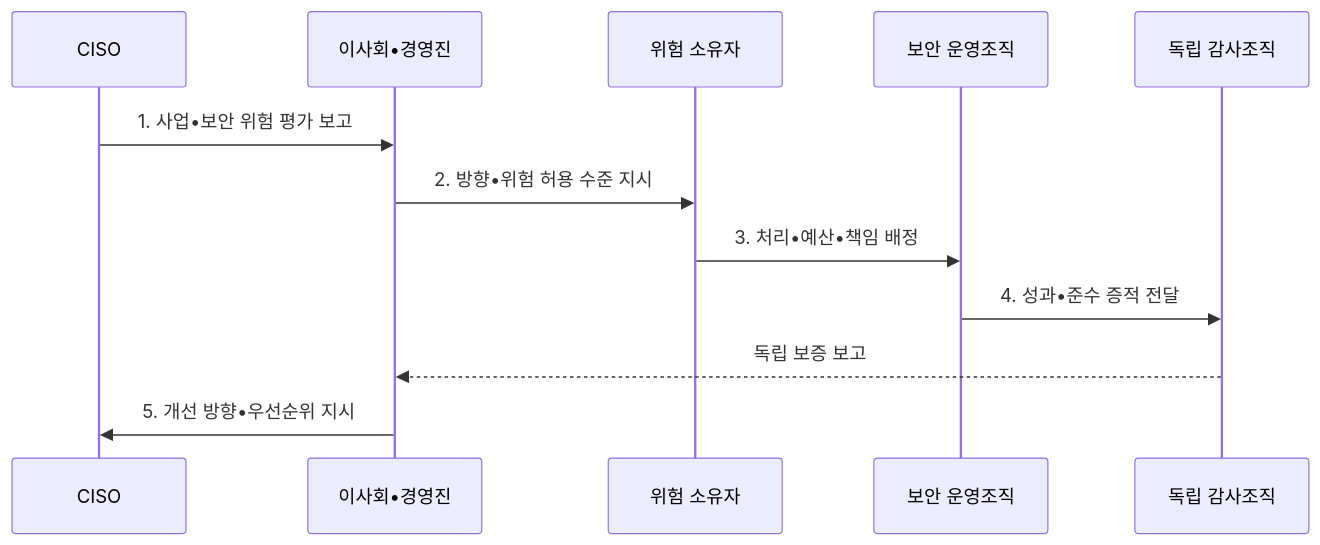
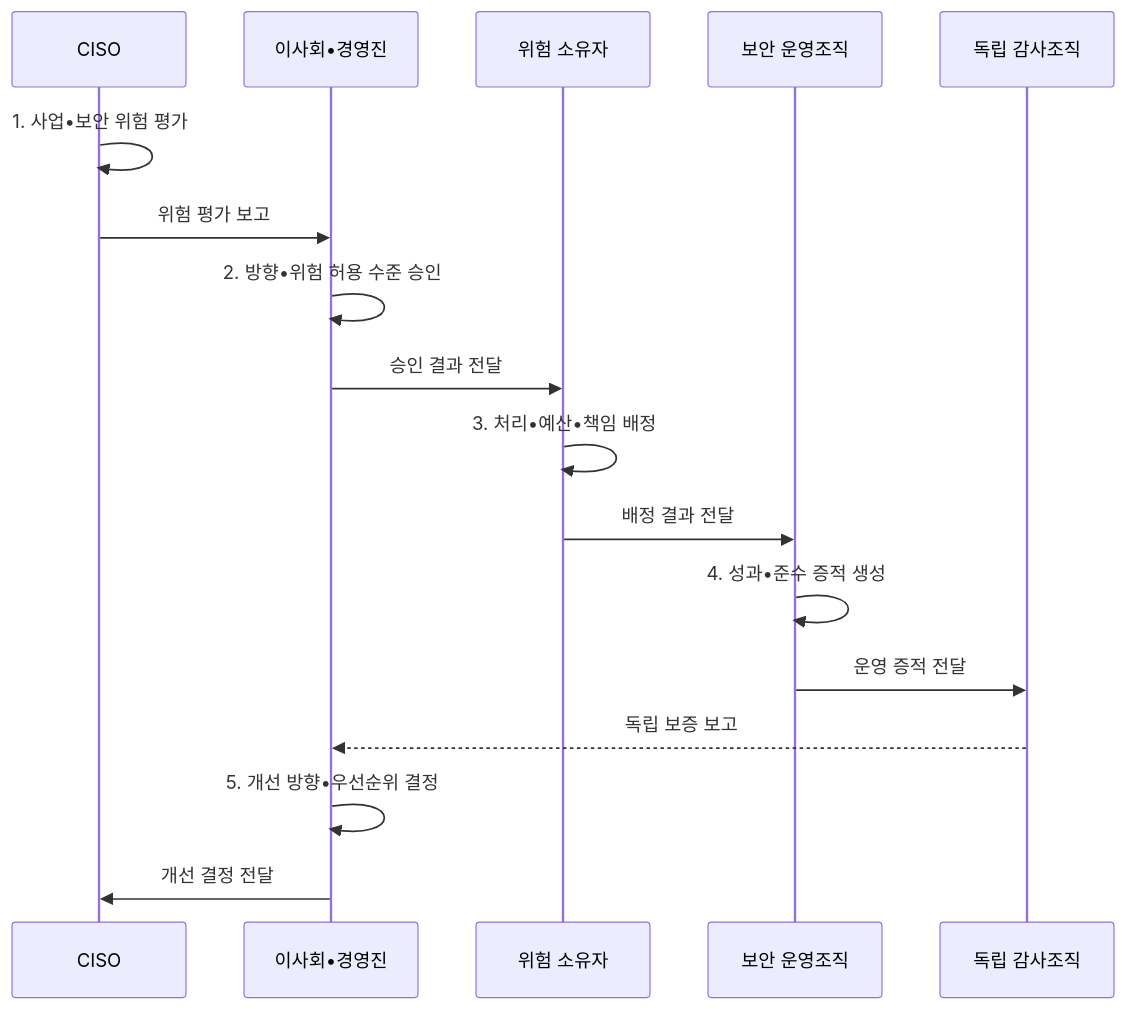
One commit to agnusdei1207/knowledge-base changed the second of 2 diagrams in src/content/docs/notes/05-security/112_information_security_governance.md. Above: the diagram before and after it, drawn with Mermaid. The commit also changed other lines of this file and 20 other files, not shown here.

````diff
--- a/src/content/docs/notes/05-security/112_information_security_governance.md
+++ b/src/content/docs/notes/05-security/112_information_security_governance.md
@@ -102,14 +102,19 @@
 ```mermaid
 sequenceDiagram
   participant C as CISO
   participant B as 이사회•경영진
   participant R as 위험 소유자
   participant O as 보안 운영조직
   participant A as 독립 감사조직
-  C->>B: 1. 사업•보안 위험 평가 보고
-  B->>R: 2. 방향•위험 허용 수준 지시
-  R->>O: 3. 처리•예산•책임 배정
-  O->>A: 4. 성과•준수 증적 전달
+  C->>C: 1. 사업•보안 위험 평가
+  C->>B: 위험 평가 보고
+  B->>B: 2. 방향•위험 허용 수준 승인
+  B->>R: 승인 결과 전달
+  R->>R: 3. 처리•예산•책임 배정
+  R->>O: 배정 결과 전달
+  O->>O: 4. 성과•준수 증적 생성
+  O->>A: 운영 증적 전달
   A-->>B: 독립 보증 보고
-  B->>C: 5. 개선 방향•우선순위 지시
+  B->>B: 5. 개선 방향•우선순위 결정
+  B->>C: 개선 결정 전달
 ```
````
